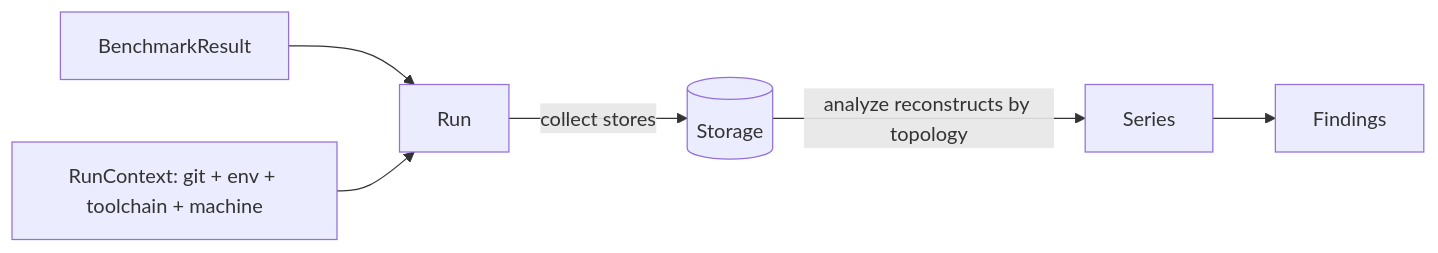
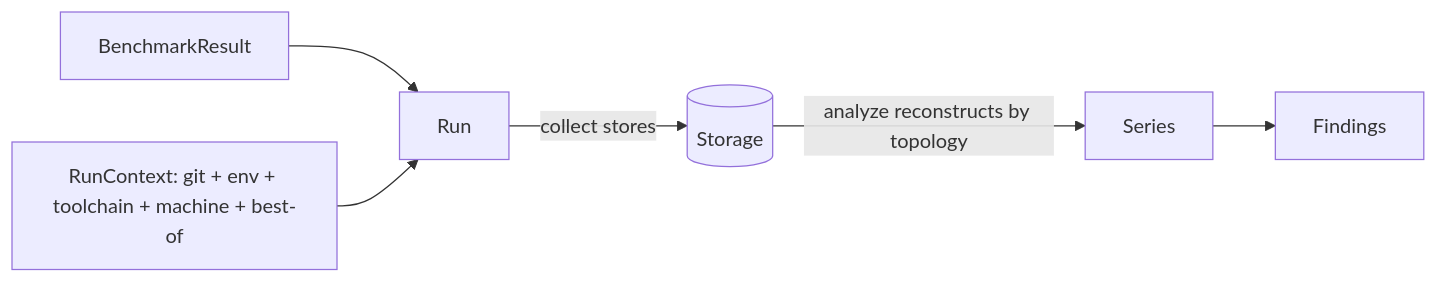
One commit to folo-rs/folo changed the diagram in packages/cargo-bench-history/book/src/concepts/comparability.md. Above: the diagram before and after it, drawn with Mermaid. The commit also changed other lines of this file and 56 other files, not shown here.

````diff
--- a/packages/cargo-bench-history/book/src/concepts/comparability.md
+++ b/packages/cargo-bench-history/book/src/concepts/comparability.md
@@ -32,7 +41,7 @@
 ```mermaid
 flowchart LR
   RR[BenchmarkResult] --> RS[Run]
-  CTX[RunContext: git + env + toolchain + machine] --> RS
+  CTX[RunContext: git + env + toolchain + machine + best-of] --> RS
   RS -->|collect stores| ST[(Storage)]
   ST -->|analyze reconstructs by topology| SE[Series] --> F[Findings]
 ```
````
